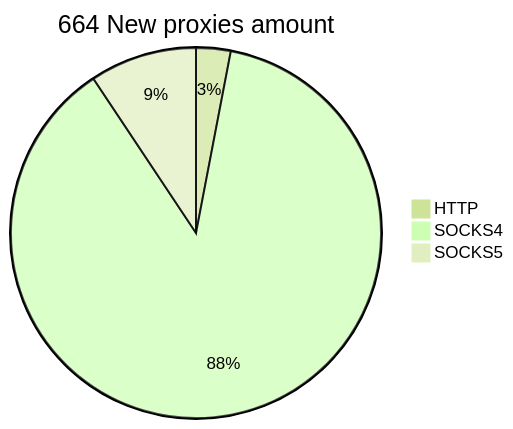
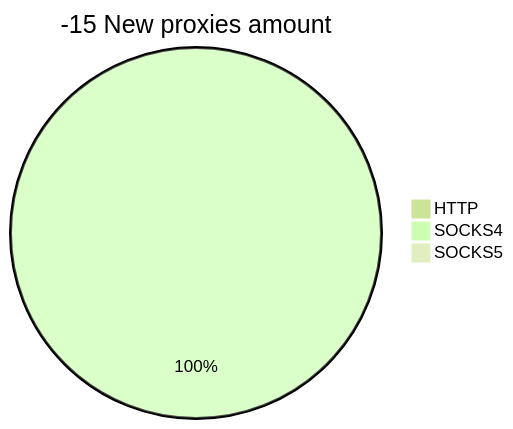
Before and after one commit to cutipu/proxylist: the second of 2 diagrams in README.md, drawn with Mermaid (forest theme). The commit also changed other lines of this file, not shown here.

````diff
--- a/README.md
+++ b/README.md
@@ -10,6 +10,6 @@
 ```mermaid
-pie title 664 New proxies amount
-    "HTTP" : 20
-    "SOCKS4" : 582
-    "SOCKS5" : 62
+pie title -15 New proxies amount
+    "HTTP" : 0
+    "SOCKS4" : 2
+    "SOCKS5" : 0
 ```
````
